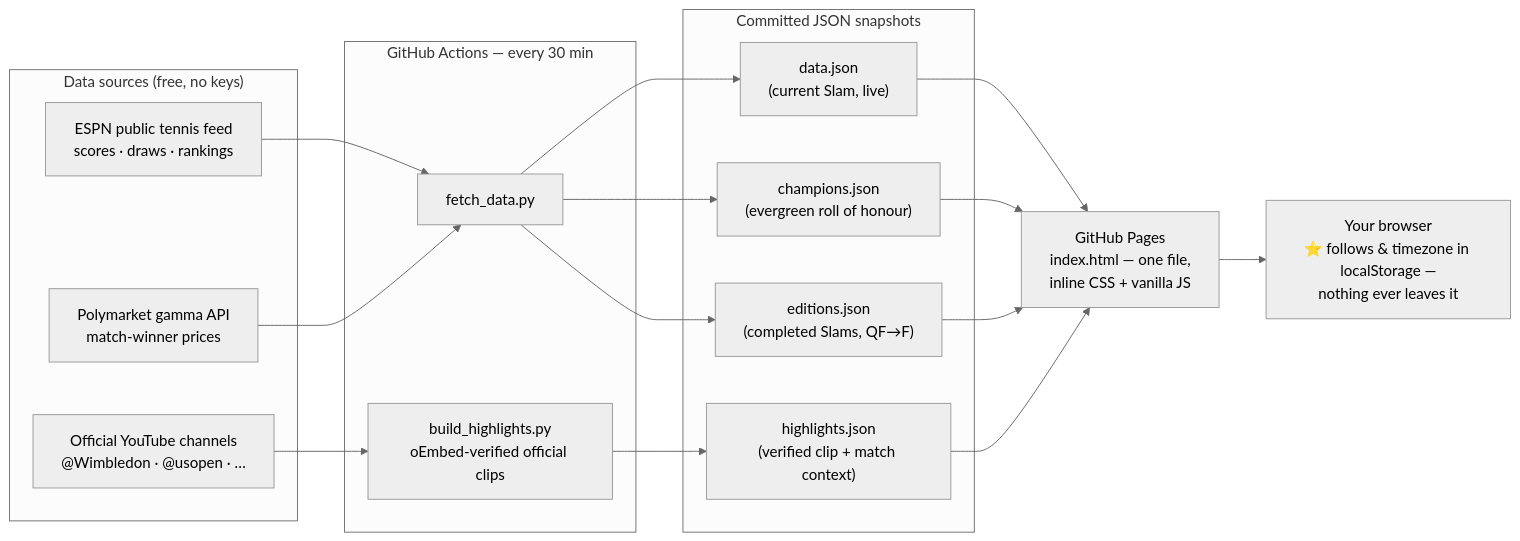
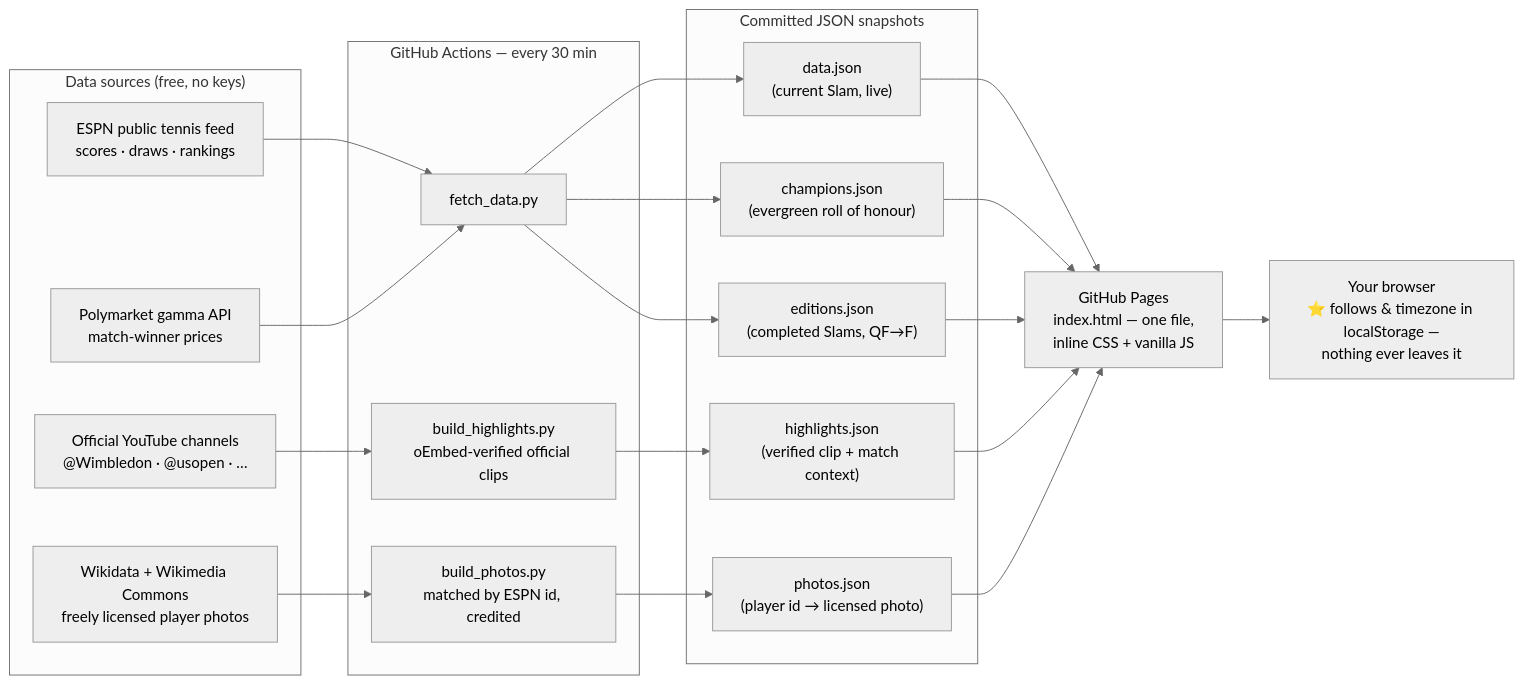
One commit to danpune/tennis-slams-tracker changed the diagram in README.md. Above: the diagram before and after it, drawn with Mermaid (neutral theme). The commit also changed other lines of this file and 3 other files, not shown here.

````diff
--- a/README.md
+++ b/README.md
@@ -30,30 +30,35 @@
 ```mermaid
 flowchart LR
     subgraph sources ["Data sources (free, no keys)"]
         ESPN["ESPN public tennis feed<br/>scores · draws · rankings"]
         PM["Polymarket gamma API<br/>match-winner prices"]
         YT["Official YouTube channels<br/>@Wimbledon · @usopen · …"]
+        WM["Wikidata + Wikimedia Commons<br/>freely licensed player photos"]
     end
 
     subgraph actions ["GitHub Actions — every 30 min"]
         F["fetch_data.py"]
         H["build_highlights.py<br/>oEmbed-verified official clips"]
+        P["build_photos.py<br/>matched by ESPN id, credited"]
     end
 
     subgraph repo ["Committed JSON snapshots"]
         D["data.json<br/>(current Slam, live)"]
         C["champions.json<br/>(evergreen roll of honour)"]
         E["editions.json<br/>(completed Slams, QF→F)"]
         HL["highlights.json<br/>(verified clip + match context)"]
+        PH["photos.json<br/>(player id → licensed photo)"]
     end
 
     Pages["GitHub Pages<br/>index.html — one file,<br/>inline CSS + vanilla JS"]
     B["Your browser<br/>⭐ follows & timezone in localStorage —<br/>nothing ever leaves it"]
 
     ESPN --> F
     PM --> F
     YT --> H
     F --> D & C & E
+    WM --> P
     H --> HL
-    D & C & E & HL --> Pages --> B
+    P --> PH
+    D & C & E & HL & PH --> Pages --> B
 ```
````
